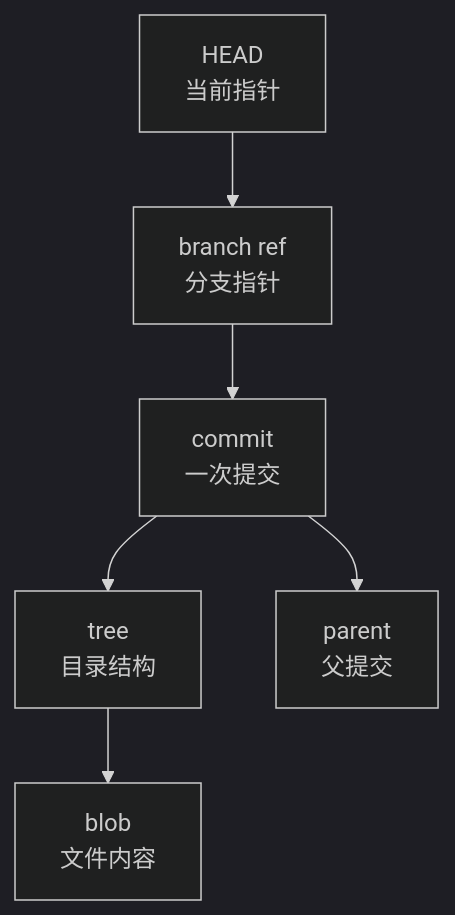
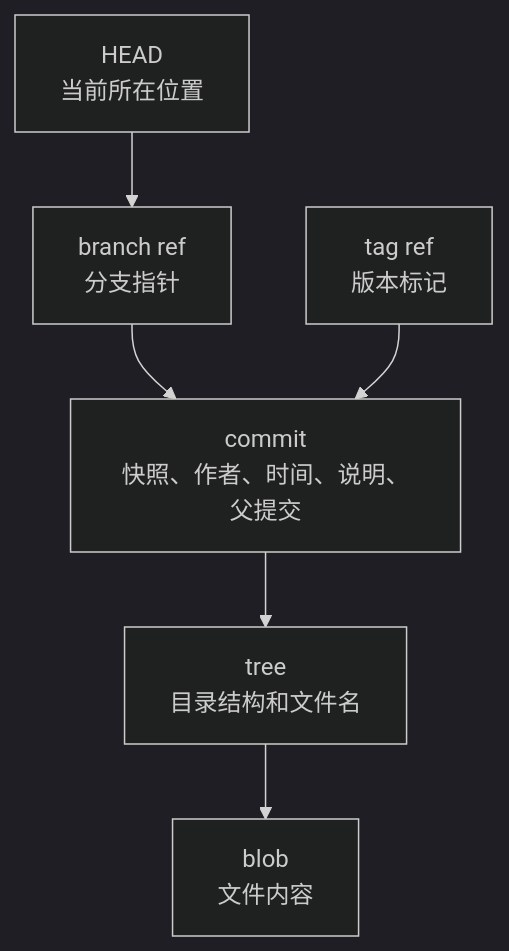
One commit to yleoer/cloud-native-todo-platform-docs changed the third of 4 diagrams in docs/chapters/stage-01-foundation/05-git-basics.md. Above: the diagram before and after it, drawn with Mermaid (dark theme). The commit also changed other lines of this file and 3 other files, not shown here.

````diff
--- a/docs/chapters/stage-01-foundation/05-git-basics.md
+++ b/docs/chapters/stage-01-foundation/05-git-basics.md
@@ -361,15 +219,15 @@
 ```mermaid
 flowchart TD
     Blob["blob<br/>文件内容"]
-    Tree["tree<br/>目录结构"]
-    Commit["commit<br/>一次提交"]
-    Parent["parent<br/>父提交"]
+    Tree["tree<br/>目录结构和文件名"]
+    Commit["commit<br/>快照、作者、时间、说明、父提交"]
     Branch["branch ref<br/>分支指针"]
-    HEAD["HEAD<br/>当前指针"]
+    Tag["tag ref<br/>版本标记"]
+    Head["HEAD<br/>当前所在位置"]
 
+    Tree --> Blob
     Commit --> Tree
-    Tree --> Blob
-    Commit --> Parent
     Branch --> Commit
-    HEAD --> Branch
+    Tag --> Commit
+    Head --> Branch
 ```
````
